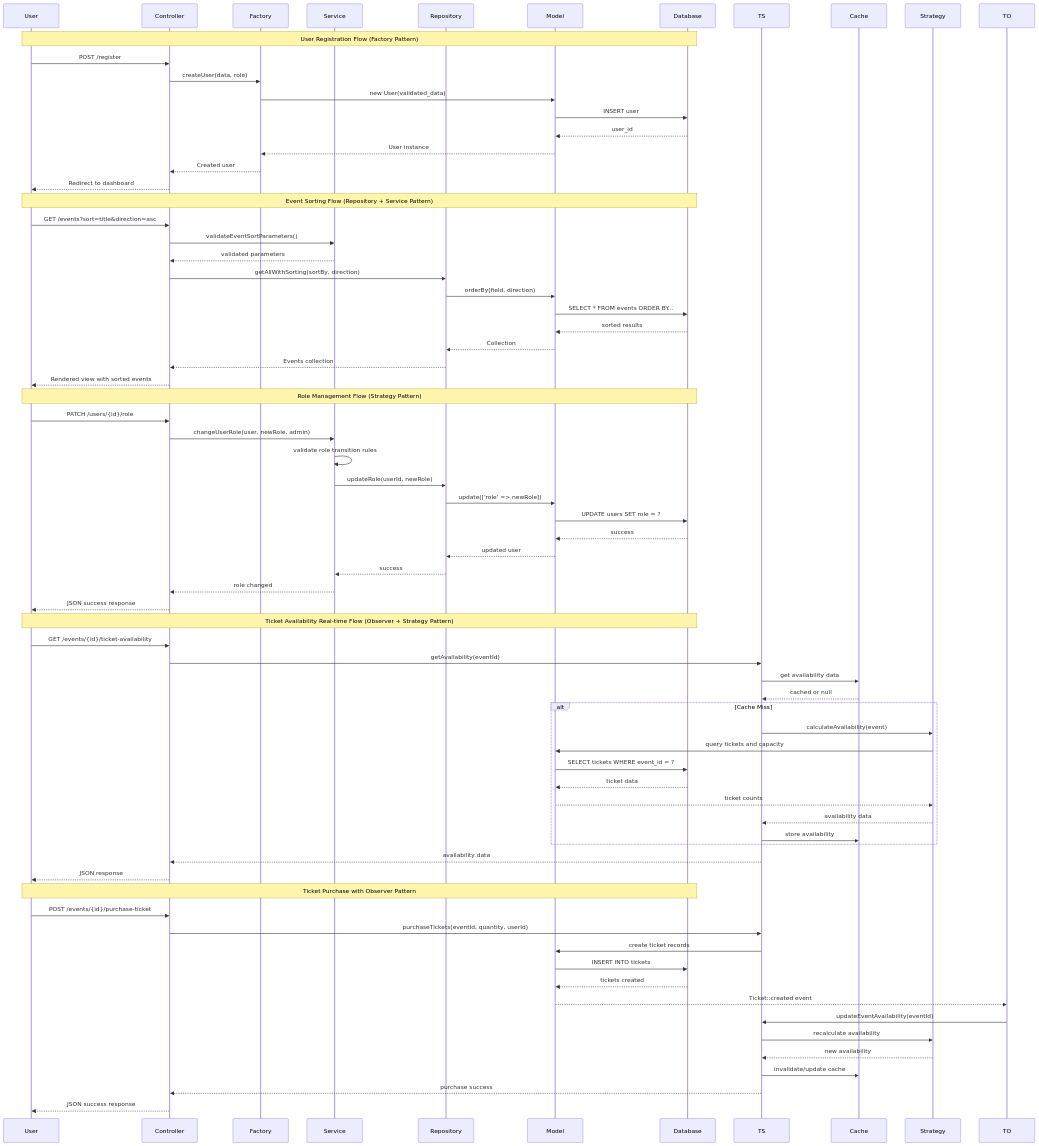
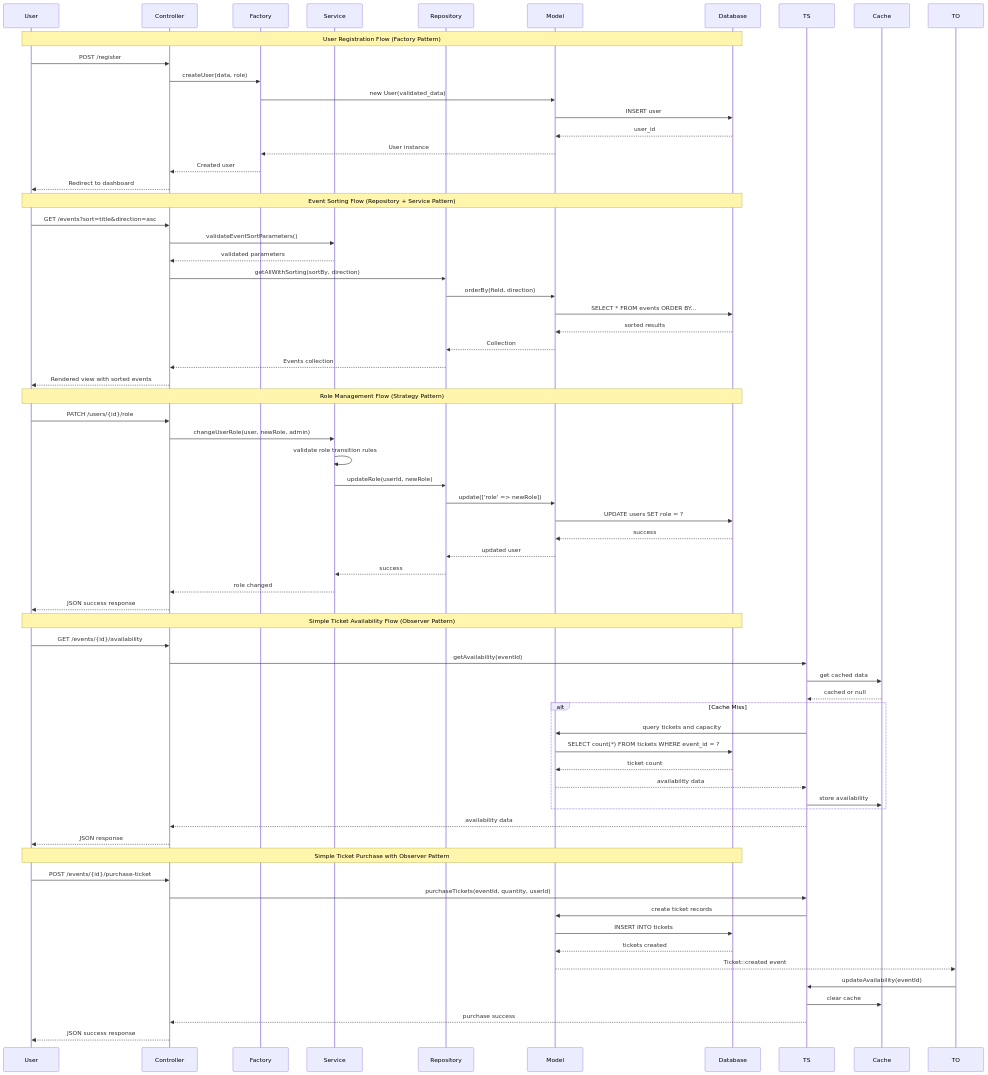
One commit to Event-Management-Ticketing-System-EMTS/Event-Management-Ticketing-System changed the second of 11 diagrams in ARCHITECTURE.md. Above: the diagram before and after it, drawn with Mermaid. The commit also changed other lines of this file and 13 other files, not shown here.

````diff
--- a/ARCHITECTURE.md
+++ b/ARCHITECTURE.md
@@ -51,76 +51,72 @@
 ```mermaid
 sequenceDiagram
     participant U as User
     participant C as Controller
     participant F as Factory
     participant S as Service
     participant R as Repository
     participant M as Model
     participant DB as Database
 
     Note over U,DB: User Registration Flow (Factory Pattern)
     U->>C: POST /register
     C->>F: createUser(data, role)
     F->>M: new User(validated_data)
     M->>DB: INSERT user
     DB-->>M: user_id
     M-->>F: User instance
     F-->>C: Created user
     C-->>U: Redirect to dashboard
 
     Note over U,DB: Event Sorting Flow (Repository + Service Pattern)
     U->>C: GET /events?sort=title&direction=asc
     C->>S: validateEventSortParameters()
     S-->>C: validated parameters
     C->>R: getAllWithSorting(sortBy, direction)
     R->>M: orderBy(field, direction)
     M->>DB: SELECT * FROM events ORDER BY...
     DB-->>M: sorted results
     M-->>R: Collection
     R-->>C: Events collection
     C-->>U: Rendered view with sorted events
 
     Note over U,DB: Role Management Flow (Strategy Pattern)
     U->>C: PATCH /users/{id}/role
     C->>S: changeUserRole(user, newRole, admin)
     S->>S: validate role transition rules
     S->>R: updateRole(userId, newRole)
     R->>M: update(['role' => newRole])
     M->>DB: UPDATE users SET role = ?
     DB-->>M: success
     M-->>R: updated user
     R-->>S: success
     S-->>C: role changed
     C-->>U: JSON success response
 
-    Note over U,DB: Ticket Availability Real-time Flow (Observer + Strategy Pattern)
-    U->>C: GET /events/{id}/ticket-availability
+    Note over U,DB: Simple Ticket Availability Flow (Observer Pattern)
+    U->>C: GET /events/{id}/availability
     C->>TS: getAvailability(eventId)
-    TS->>Cache: get availability data
+    TS->>Cache: get cached data
     Cache-->>TS: cached or null
     alt Cache Miss
-        TS->>Strategy: calculateAvailability(event)
-        Strategy->>M: query tickets and capacity
-        M->>DB: SELECT tickets WHERE event_id = ?
-        DB-->>M: ticket data
-        M-->>Strategy: ticket counts
-        Strategy-->>TS: availability data
+        TS->>M: query tickets and capacity
+        M->>DB: SELECT count(*) FROM tickets WHERE event_id = ?
+        DB-->>M: ticket count
+        M-->>TS: availability data
         TS->>Cache: store availability
     end
     TS-->>C: availability data
     C-->>U: JSON response
 
-    Note over U,DB: Ticket Purchase with Observer Pattern
+    Note over U,DB: Simple Ticket Purchase with Observer Pattern
     U->>C: POST /events/{id}/purchase-ticket
     C->>TS: purchaseTickets(eventId, quantity, userId)
     TS->>M: create ticket records
     M->>DB: INSERT INTO tickets
     DB-->>M: tickets created
     M-->>TO: Ticket::created event
-    TO->>TS: updateEventAvailability(eventId)
-    TS->>Strategy: recalculate availability
-    Strategy-->>TS: new availability
-    TS->>Cache: invalidate/update cache
+    TO->>TS: updateAvailability(eventId)
+    TS->>Cache: clear cache
     TS-->>C: purchase success
     C-->>U: JSON success response
 ```
````
